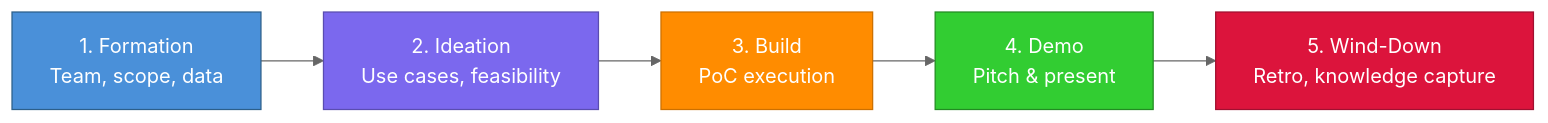
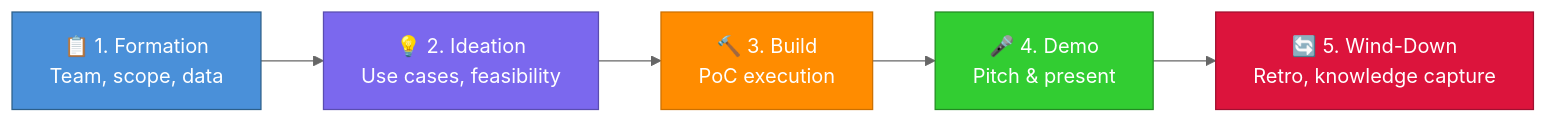
Before and after one commit to smoens/squad-hackathon-template: the second of 3 diagrams in README.md, drawn with Mermaid (neutral theme). The commit also changed other lines of this file and 12 other files, not shown here.

````diff
--- a/README.md
+++ b/README.md
@@ -32,13 +54,13 @@
 ```mermaid
 graph LR
-    A["1. Formation<br/>Team, scope, data"] --> B["2. Ideation<br/>Use cases, feasibility"]
-    B --> C["3. Build<br/>PoC execution"]
-    C --> D["4. Demo<br/>Pitch & present"]
-    D --> E["5. Wind-Down<br/>Retro, knowledge capture"]
+    A["📋 1. Formation<br/>Team, scope, data"] --> B["💡 2. Ideation<br/>Use cases, feasibility"]
+    B --> C["🔨 3. Build<br/>PoC execution"]
+    C --> D["🎤 4. Demo<br/>Pitch & present"]
+    D --> E["🔄 5. Wind-Down<br/>Retro, knowledge capture"]
 
     style A fill:#4A90D9,stroke:#2C5F8A,color:#fff
     style B fill:#7B68EE,stroke:#5A4DB0,color:#fff
     style C fill:#FF8C00,stroke:#CC7000,color:#fff
     style D fill:#32CD32,stroke:#228B22,color:#fff
     style E fill:#DC143C,stroke:#A01030,color:#fff
 ```
````
